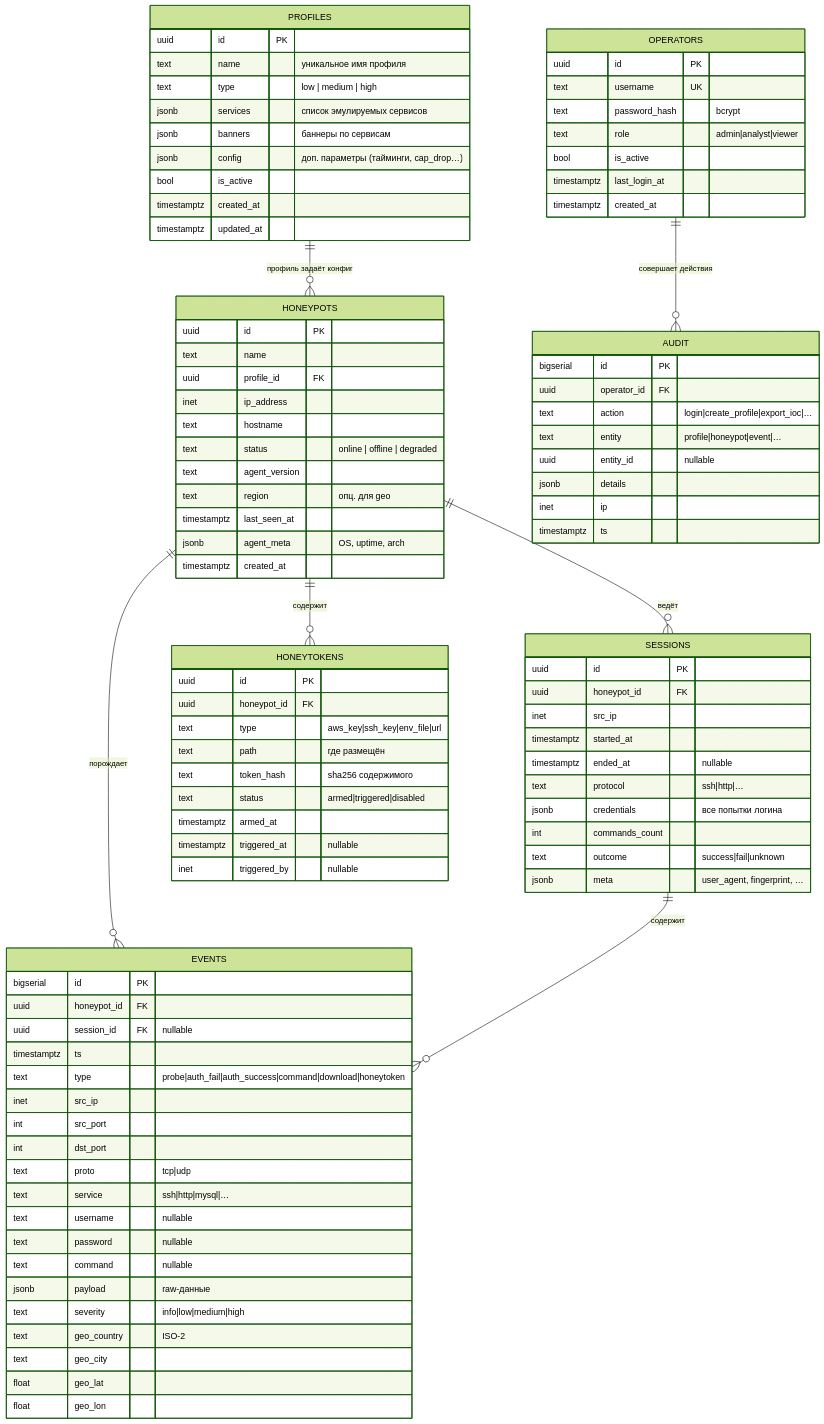
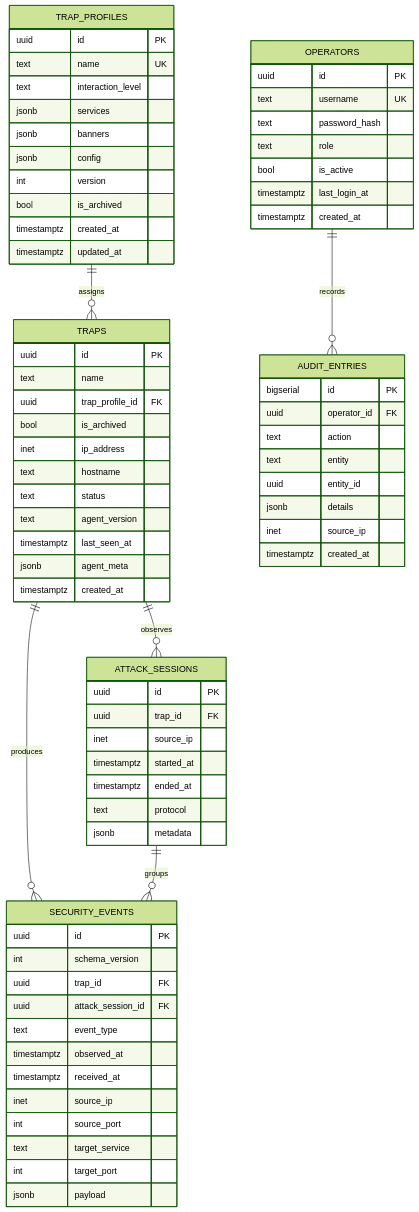
One commit to ArtiKn/HoneyForge changed the diagram in docs/database.md. Above: the diagram before and after it, drawn with Mermaid (forest theme). The commit also changed other lines of this file and 29 other files, not shown here.

````diff
--- a/docs/database.md
+++ b/docs/database.md
@@ -7,103 +5,76 @@
 ```mermaid
 erDiagram
-    PROFILES ||--o{ HONEYPOTS : "профиль задаёт конфиг"
-    HONEYPOTS ||--o{ EVENTS : "порождает"
-    HONEYPOTS ||--o{ SESSIONS : "ведёт"
-    SESSIONS ||--o{ EVENTS : "содержит"
-    HONEYPOTS ||--o{ HONEYTOKENS : "содержит"
-    OPERATORS ||--o{ AUDIT : "совершает действия"
+    TRAP_PROFILES ||--o{ TRAPS : assigns
+    TRAPS ||--o{ ATTACK_SESSIONS : observes
+    TRAPS ||--o{ SECURITY_EVENTS : produces
+    ATTACK_SESSIONS ||--o{ SECURITY_EVENTS : groups
+    OPERATORS ||--o{ AUDIT_ENTRIES : records
 
-    PROFILES {
+    TRAP_PROFILES {
         uuid id PK
-        text name "уникальное имя профиля"
-        text type "low | medium | high"
-        jsonb services "список эмулируемых сервисов"
-        jsonb banners "баннеры по сервисам"
-        jsonb config "доп. параметры (тайминги, cap_drop…)"
-        bool is_active
+        text name UK
+        text interaction_level
+        jsonb services
+        jsonb banners
+        jsonb config
+        int version
+        bool is_archived
         timestamptz created_at
         timestamptz updated_at
     }
-
-    HONEYPOTS {
+    TRAPS {
         uuid id PK
         text name
-        uuid profile_id FK
+        uuid trap_profile_id FK
+        bool is_archived
         inet ip_address
         text hostname
-        text status "online | offline | degraded"
+        text status
         text agent_version
-        text region "опц. для geo"
         timestamptz last_seen_at
-        jsonb agent_meta "OS, uptime, arch"
+        jsonb agent_meta
         timestamptz created_at
     }
-
-    EVENTS {
-        bigserial id PK
-        uuid honeypot_id FK
-        uuid session_id FK "nullable"
-        timestamptz ts
-        text type "probe|auth_fail|auth_success|command|download|honeytoken"
-        inet src_ip
-        int src_port
-        int dst_port
-        text proto "tcp|udp"
-        text service "ssh|http|mysql|…"
-        text username "nullable"
-        text password "nullable"
-        text command "nullable"
-        jsonb payload "raw-данные"
-        text severity "info|low|medium|high"
-        text geo_country "ISO-2"
-        text geo_city
-        float geo_lat
-        float geo_lon
+    ATTACK_SESSIONS {
+        uuid id PK
+        uuid trap_id FK
+        inet source_ip
+        timestamptz started_at
+        timestamptz ended_at
+        text protocol
+        jsonb metadata
     }
-
-    SESSIONS {
+    SECURITY_EVENTS {
         uuid id PK
-        uuid honeypot_id FK
-        inet src_ip
-        timestamptz started_at
-        timestamptz ended_at "nullable"
-        text protocol "ssh|http|…"
-        jsonb credentials "все попытки логина"
-        int commands_count
-        text outcome "success|fail|unknown"
-        jsonb meta "user_agent, fingerprint, …"
+        int schema_version
+        uuid trap_id FK
+        uuid attack_session_id FK
+        text event_type
+        timestamptz observed_at
+        timestamptz received_at
+        inet source_ip
+        int source_port
+        text target_service
+        int target_port
+        jsonb payload
     }
-
-    HONEYTOKENS {
-        uuid id PK
-        uuid honeypot_id FK
-        text type "aws_key|ssh_key|env_file|url"
-        text path "где размещён"
-        text token_hash "sha256 содержимого"
-        text status "armed|triggered|disabled"
-        timestamptz armed_at
-        timestamptz triggered_at "nullable"
-        inet triggered_by "nullable"
-    }
-
     OPERATORS {
         uuid id PK
         text username UK
-        text password_hash "bcrypt"
-        text role "admin|analyst|viewer"
+        text password_hash
+        text role
         bool is_active
         timestamptz last_login_at
         timestamptz created_at
     }
-
-    AUDIT {
+    AUDIT_ENTRIES {
         bigserial id PK
         uuid operator_id FK
-        text action "login|create_profile|export_ioc|…"
-        text entity "profile|honeypot|event|…"
-        uuid entity_id "nullable"
+        text action
+        text entity
+        uuid entity_id
         jsonb details
-        inet ip
-        timestamptz ts
+        inet source_ip
+        timestamptz created_at
     }
 ```
````
